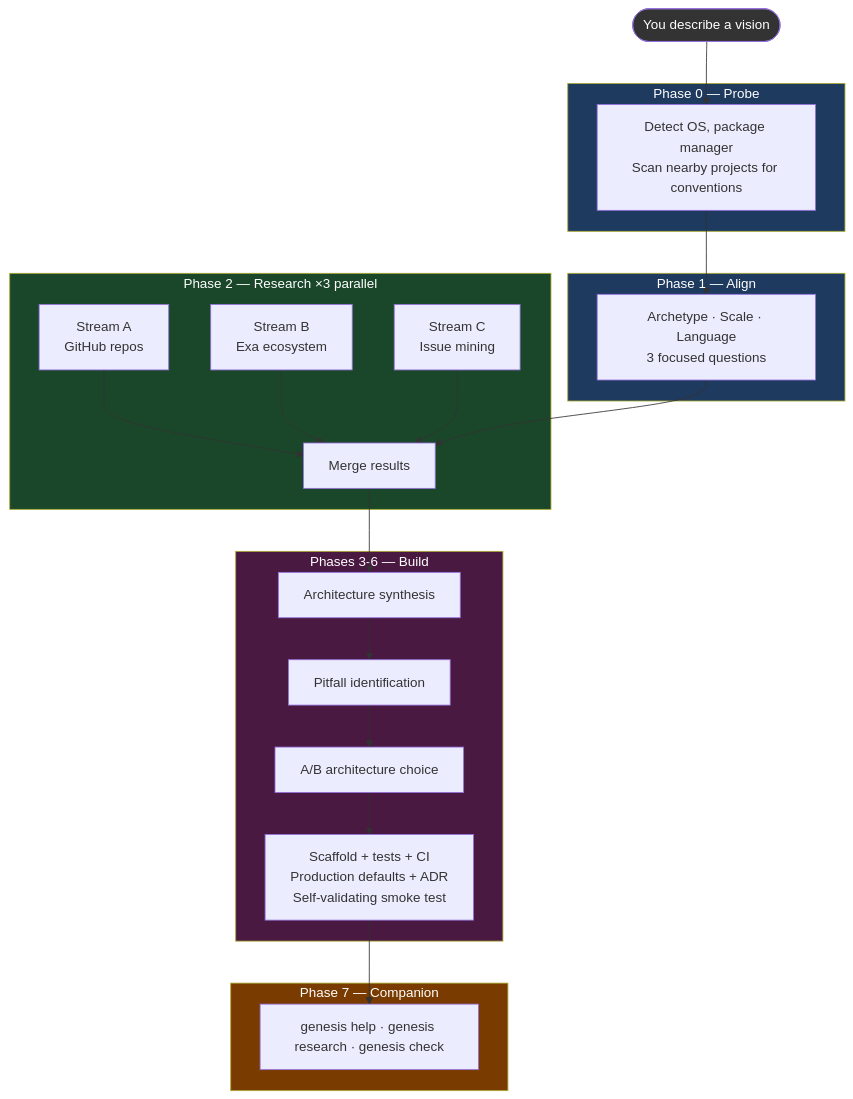
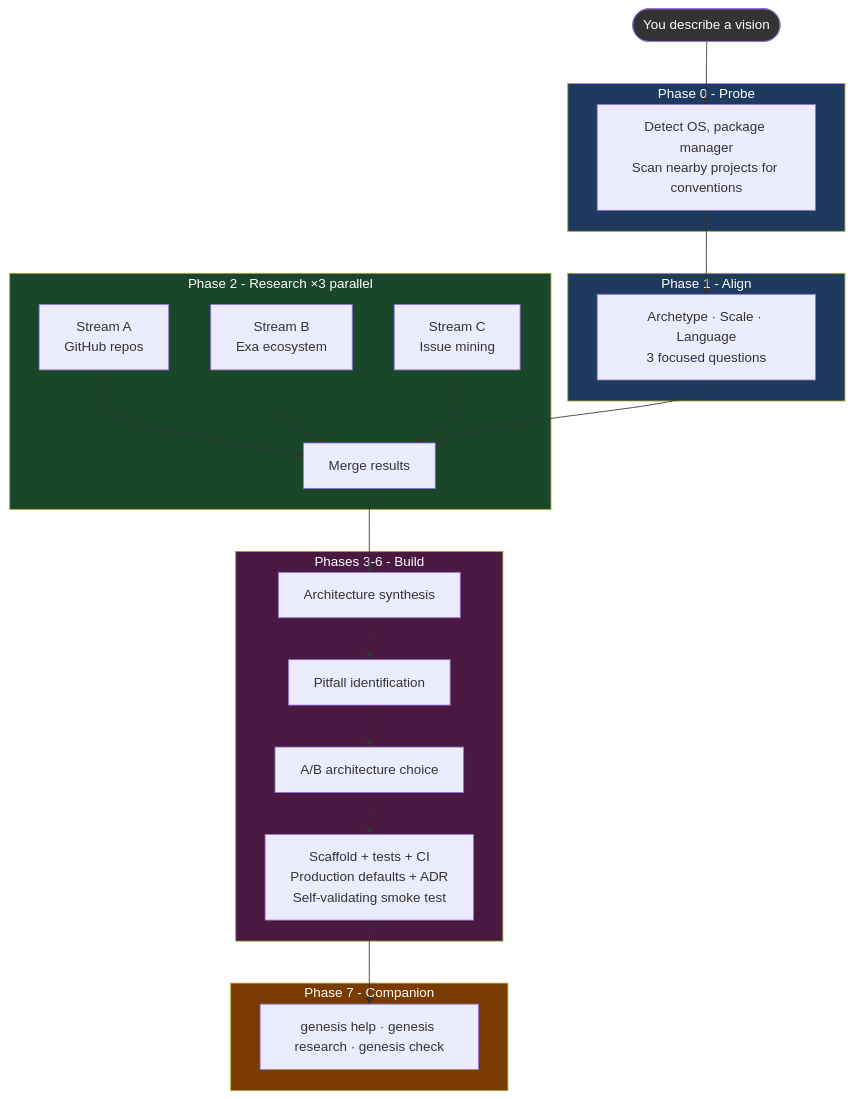
Before and after one commit to maioio/genesis-architect: the diagram in README.md, drawn with Mermaid. The commit also changed other lines of this file, not shown here.

````diff
--- a/README.md
+++ b/README.md
@@ -53,39 +53,39 @@
 ```mermaid
 flowchart TD
     A([You describe a vision]) --> B
 
-    subgraph P0["Phase 0 — Probe"]
+    subgraph P0["Phase 0 - Probe"]
         B[Detect OS, package manager\nScan nearby projects for conventions]
     end
 
-    subgraph P1["Phase 1 — Align"]
+    subgraph P1["Phase 1 - Align"]
         C[Archetype · Scale · Language\n3 focused questions]
     end
 
-    subgraph P2["Phase 2 — Research ×3 parallel"]
+    subgraph P2["Phase 2 - Research ×3 parallel"]
         D1[Stream A\nGitHub repos]
         D2[Stream B\nExa ecosystem]
         D3[Stream C\nIssue mining]
         D1 & D2 & D3 --> E[Merge results]
     end
 
-    subgraph P3456["Phases 3-6 — Build"]
+    subgraph P3456["Phases 3-6 - Build"]
         F[Architecture synthesis] --> G[Pitfall identification]
         G --> H[A/B architecture choice]
         H --> I[Scaffold + tests + CI\nProduction defaults + ADR\nSelf-validating smoke test]
     end
 
-    subgraph P7["Phase 7 — Companion"]
+    subgraph P7["Phase 7 - Companion"]
         J[genesis help · genesis research · genesis check]
     end
 
     B --> C --> E --> F
     I --> J
 
     style P0 fill:#1e3a5f,color:#fff
     style P1 fill:#1e3a5f,color:#fff
     style P2 fill:#1a472a,color:#fff
     style P3456 fill:#4a1942,color:#fff
     style P7 fill:#7a3b00,color:#fff
     style A fill:#333,color:#fff
 ```
````
